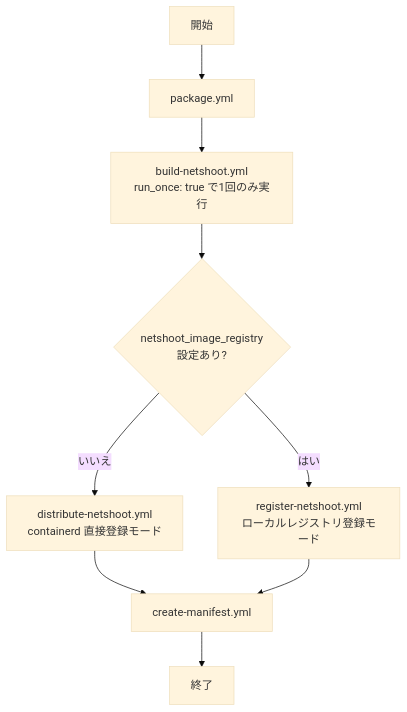
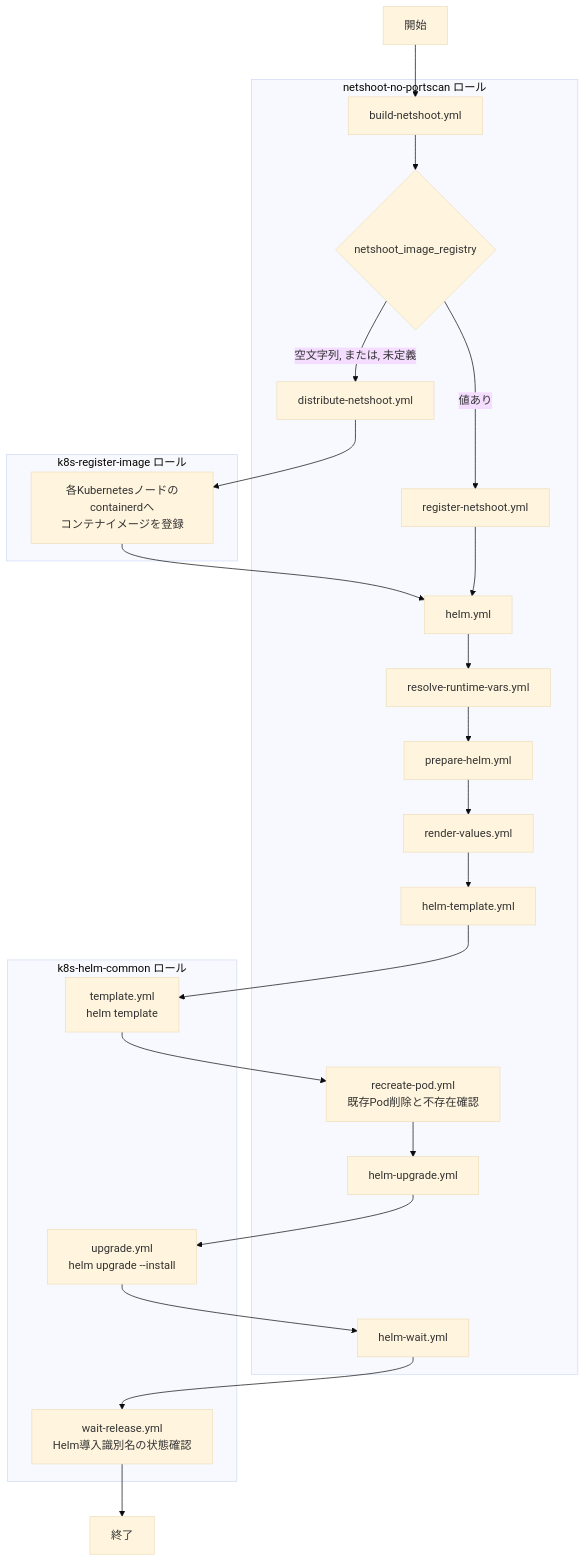
Before and after one commit to takeharukato/ansible-linux-setup: the diagram in roles/netshoot-no-portscan/Readme.md, drawn with Mermaid (base theme). The commit also changed other lines of this file and 19 other files, not shown here.

````diff
--- a/roles/netshoot-no-portscan/Readme.md
+++ b/roles/netshoot-no-portscan/Readme.md
@@ -356,11 +359,52 @@
 ```mermaid
 flowchart TD
-    A[開始] --> B[package.yml]
-    B --> B1[build-netshoot.yml\nrun_once: true で1回のみ実行]
-    B1 --> C{netshoot_image_registry\n設定あり?}
-    C -- いいえ --> D[distribute-netshoot.yml\ncontainerd 直接登録モード]
-    C -- はい --> E[register-netshoot.yml\nローカルレジストリ登録モード]
-    D --> F[create-manifest.yml]
-    E --> F
-    F --> G[終了]
+    START[開始]
+
+    subgraph NETSHOOT["netshoot-no-portscan ロール"]
+        BUILD[build-netshoot.yml]
+        SELECT{netshoot_image_registry}
+        DIST[distribute-netshoot.yml]
+        REG[register-netshoot.yml]
+        HELM[helm.yml]
+        RESOLVE[resolve-runtime-vars.yml]
+        PREPARE[prepare-helm.yml]
+        VALUES[render-values.yml]
+        TEMPLATE_CALL[helm-template.yml]
+        RECREATE[recreate-pod.yml\n既存Pod削除と不存在確認]
+        UPGRADE_CALL[helm-upgrade.yml]
+        WAIT_CALL[helm-wait.yml]
+    end
+
+    subgraph REGISTER["k8s-register-image ロール"]
+        REGISTER_IMAGE[各Kubernetesノードのcontainerdへ\nコンテナイメージを登録]
+    end
+
+    subgraph HELM_COMMON["k8s-helm-common ロール"]
+        TEMPLATE[template.yml\nhelm template]
+        UPGRADE[upgrade.yml\nhelm upgrade --install]
+        WAIT[wait-release.yml\nHelm導入識別名の状態確認]
+    end
+
+    END[終了]
+
+    START --> BUILD
+    BUILD --> SELECT
+    SELECT -- 空文字列, または, 未定義 --> DIST
+    SELECT -- 値あり --> REG
+
+    DIST --> REGISTER_IMAGE
+    REGISTER_IMAGE --> HELM
+    REG --> HELM
+
+    HELM --> RESOLVE
+    RESOLVE --> PREPARE
+    PREPARE --> VALUES
+    VALUES --> TEMPLATE_CALL
+    TEMPLATE_CALL --> TEMPLATE
+    TEMPLATE --> RECREATE
+    RECREATE --> UPGRADE_CALL
+    UPGRADE_CALL --> UPGRADE
+    UPGRADE --> WAIT_CALL
+    WAIT_CALL --> WAIT
+    WAIT --> END
 ```
````
